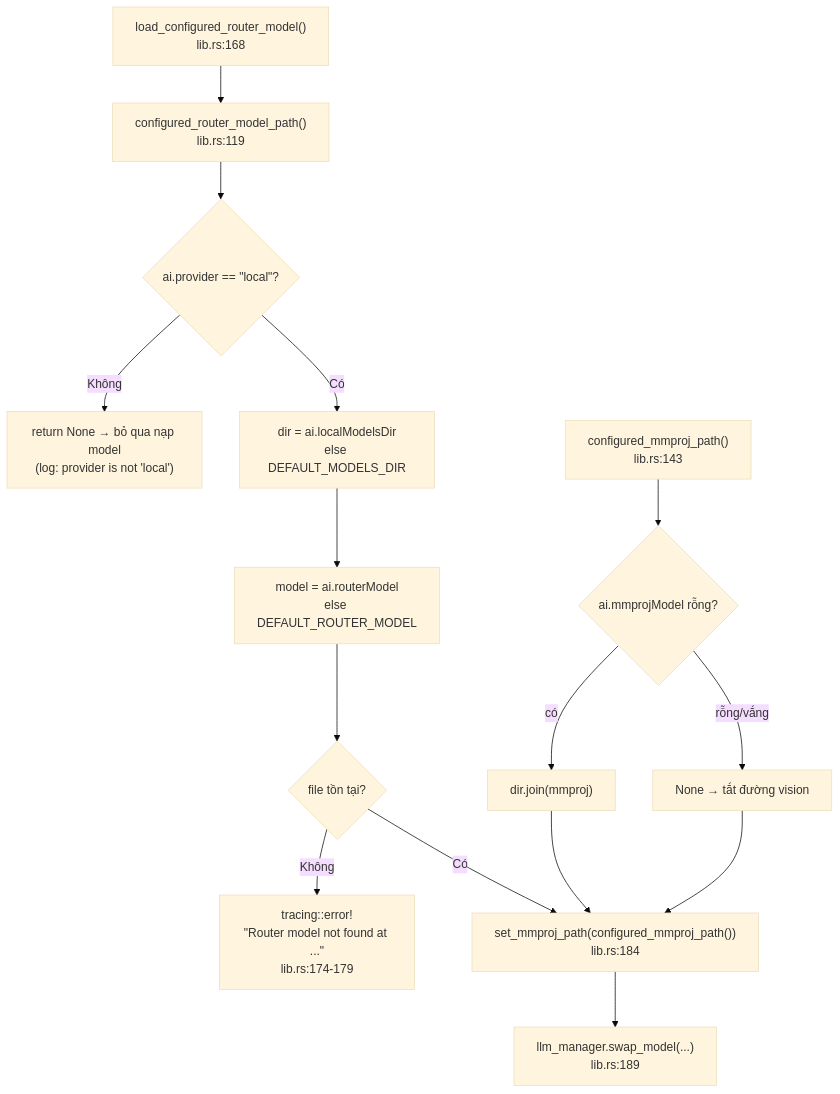
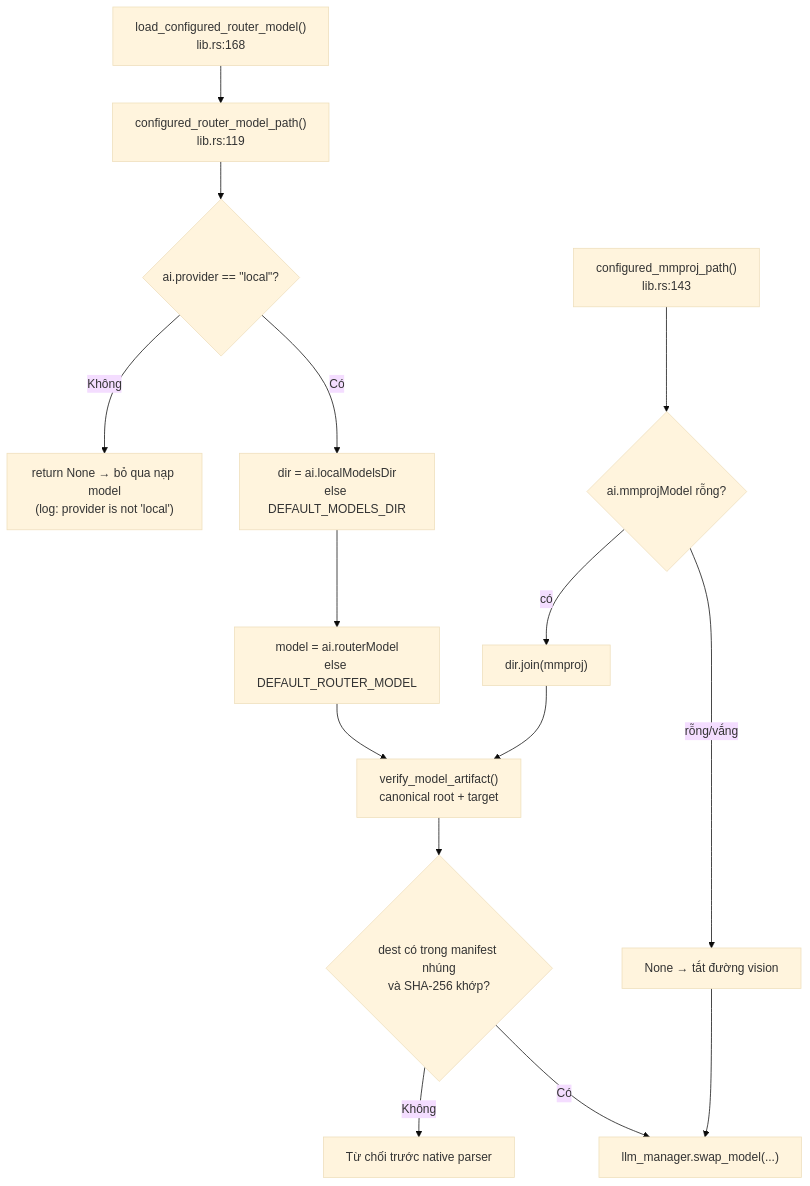
The third of 3 diagrams in docs/02-van-hanh/01-cau-hinh-va-bien-moi-truong.md (DuongNAD/LIVA), drawn with Mermaid (base theme) before and after one commit. The commit also changed other lines of this file and 59 other files, not shown here.

````diff
--- a/docs/02-van-hanh/01-cau-hinh-va-bien-moi-truong.md
+++ b/docs/02-van-hanh/01-cau-hinh-va-bien-moi-truong.md
@@ -319,17 +314,17 @@
 ```mermaid
 flowchart TD
     A["load_configured_router_model()<br/>lib.rs:168"] --> B["configured_router_model_path()<br/>lib.rs:119"]
     B --> C{"ai.provider == &quot;local&quot;?"}
     C -- "Không" --> D["return None → bỏ qua nạp model<br/>(log: provider is not 'local')"]
     C -- "Có" --> E["dir = ai.localModelsDir<br/>else DEFAULT_MODELS_DIR"]
     E --> F["model = ai.routerModel<br/>else DEFAULT_ROUTER_MODEL"]
-    F --> G{"file tồn tại?"}
-    G -- "Không" --> H["tracing::error!<br/>&quot;Router model not found at ...&quot;<br/>lib.rs:174-179"]
-    G -- "Có" --> I["set_mmproj_path(configured_mmproj_path())<br/>lib.rs:184"]
-    I --> J["llm_manager.swap_model(...)<br/>lib.rs:189"]
+    F --> G["verify_model_artifact()<br/>canonical root + target"]
+    G --> H{"dest có trong manifest nhúng<br/>và SHA-256 khớp?"}
+    H -- "Không" --> I["Từ chối trước native parser"]
+    H -- "Có" --> J["llm_manager.swap_model(...)"]
     K["configured_mmproj_path()<br/>lib.rs:143"] --> L{"ai.mmprojModel rỗng?"}
     L -- "rỗng/vắng" --> M["None → tắt đường vision"]
     L -- "có" --> N["dir.join(mmproj)"]
-    N --> I
-    M --> I
+    N --> G
+    M --> J
 ```
````
